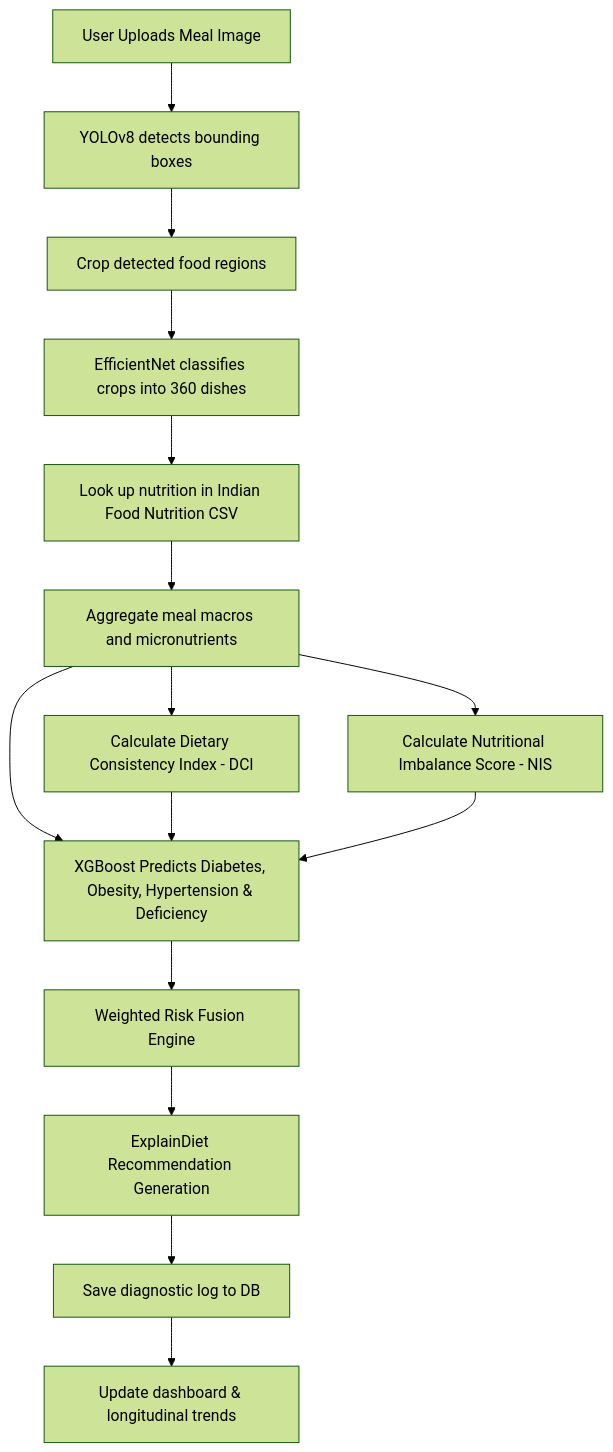
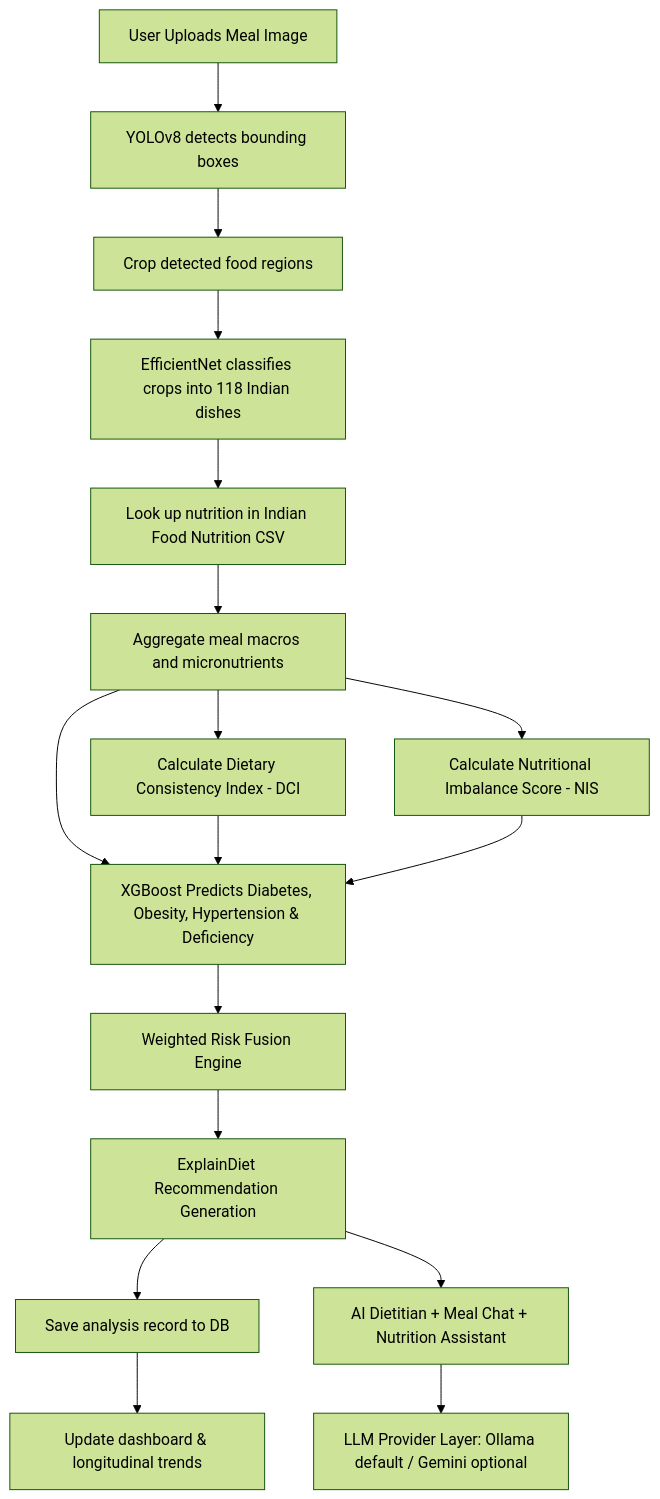
Before and after one commit to Raju3114/DietRiskNet: the diagram in README.md, drawn with Mermaid (forest theme). The commit also changed other lines of this file and 195 other files, not shown here.

````diff
--- a/README.md
+++ b/README.md
@@ -11,15 +15,17 @@
 ```mermaid
 graph TD
     Upload[User Uploads Meal Image] --> YOLO[YOLOv8 detects bounding boxes]
     YOLO --> Crops[Crop detected food regions]
-    Crops --> EffNet[EfficientNet classifies crops into 360 dishes]
+    Crops --> EffNet[EfficientNet classifies crops into 118 Indian dishes]
     EffNet --> CSV[Look up nutrition in Indian Food Nutrition CSV]
     CSV --> Agg[Aggregate meal macros and micronutrients]
     Agg --> DCI[Calculate Dietary Consistency Index - DCI]
     Agg --> NIS[Calculate Nutritional Imbalance Score - NIS]
     Agg & DCI & NIS --> XGB[XGBoost Predicts Diabetes, Obesity, Hypertension & Deficiency]
     XGB --> Fusion[Weighted Risk Fusion Engine]
     Fusion --> Recs[ExplainDiet Recommendation Generation]
-    Recs --> Database[Save diagnostic log to DB]
+    Recs --> Database[Save analysis record to DB]
     Database --> Dash[Update dashboard & longitudinal trends]
+    Recs --> AI[AI Dietitian + Meal Chat + Nutrition Assistant]
+    AI --> LLM[LLM Provider Layer: Ollama default / Gemini optional]
 ```
````
